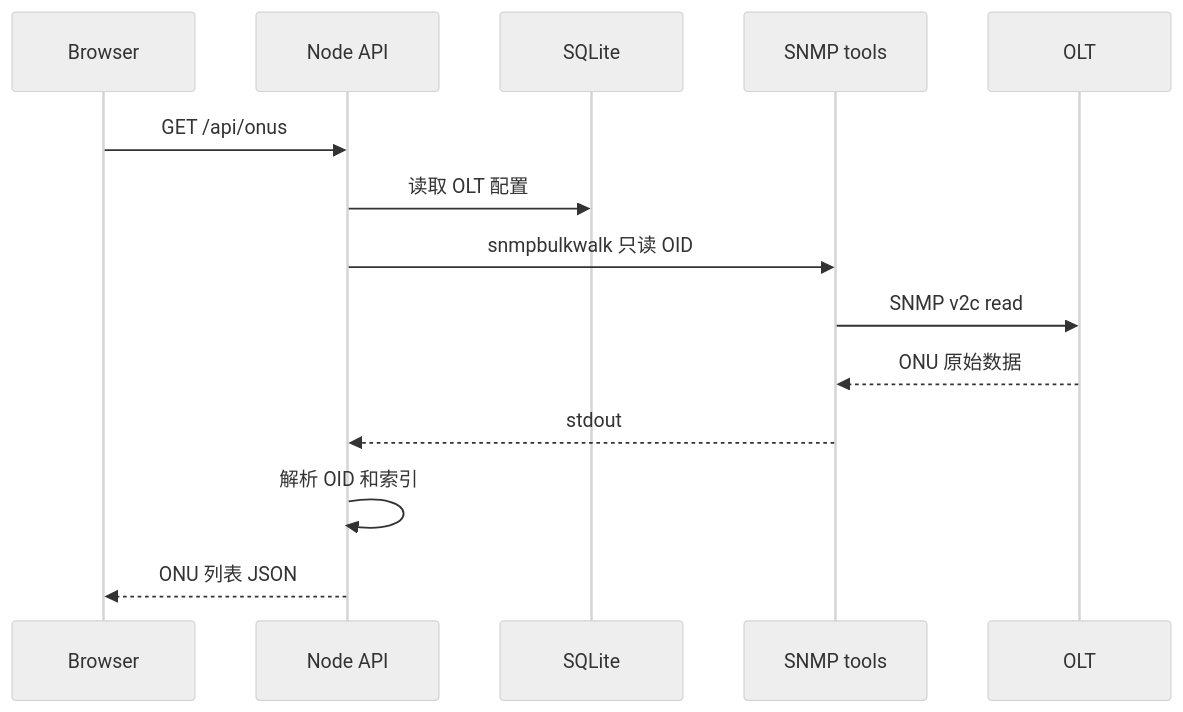
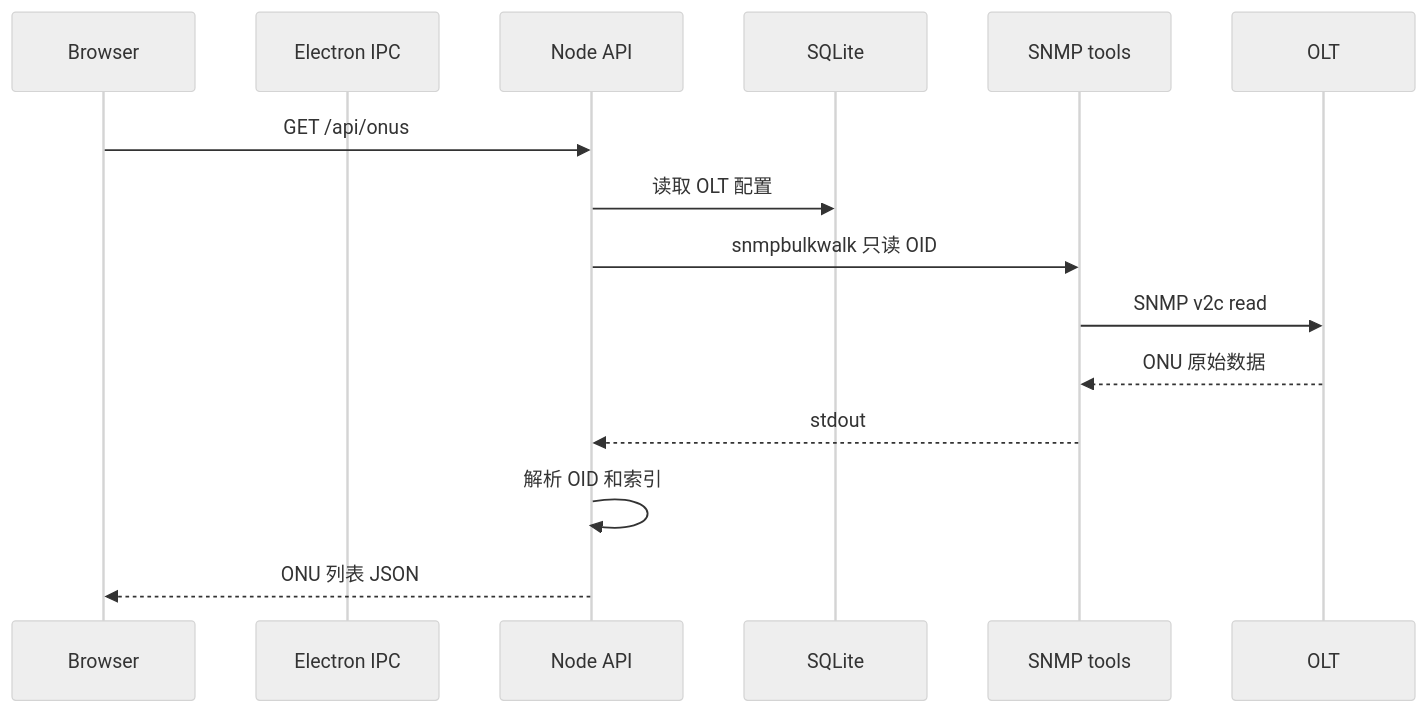
One commit to landvd/OLT-Manager changed the third of 7 diagrams in docs/design/sequence.md. Above: the diagram before and after it, drawn with Mermaid (neutral theme). The commit also changed other lines of this file and 32 other files, not shown here.

````diff
--- a/docs/design/sequence.md
+++ b/docs/design/sequence.md
@@ -48,17 +49,18 @@
 ```mermaid
 sequenceDiagram
   participant Browser as Browser
+  participant Electron as Electron IPC
   participant API as Node API
   participant DB as SQLite
   participant SNMP as SNMP tools
   participant OLT as OLT
 
   Browser->>API: GET /api/onus
   API->>DB: 读取 OLT 配置
   API->>SNMP: snmpbulkwalk 只读 OID
   SNMP->>OLT: SNMP v2c read
   OLT-->>SNMP: ONU 原始数据
   SNMP-->>API: stdout
   API->>API: 解析 OID 和索引
   API-->>Browser: ONU 列表 JSON
 ```
````
